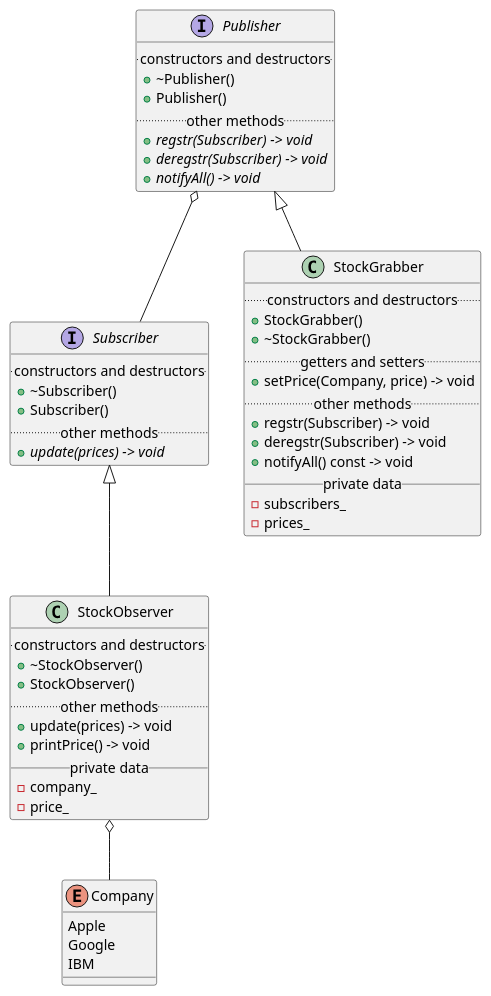
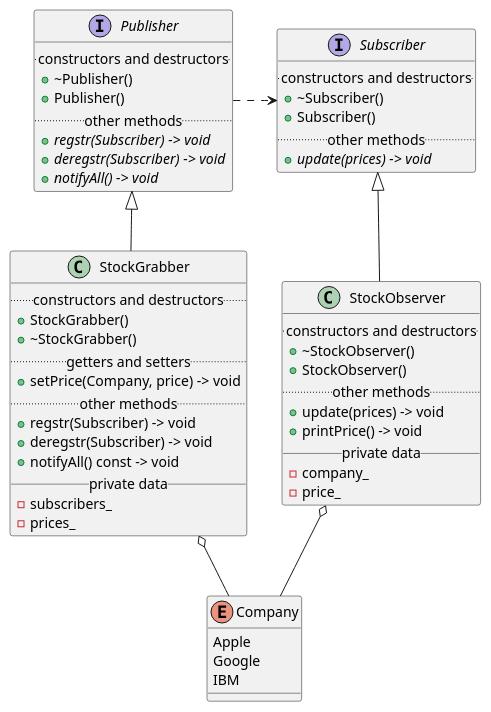
The diagram in DesignPatterns/Observer/impl.puml (JurajX/Notes), drawn with PlantUML before and after one commit. The commit also changed 7 other files, not shown here.

```diff
--- a/DesignPatterns/Observer/impl.puml
+++ b/DesignPatterns/Observer/impl.puml
@@ -1,64 +1,66 @@
 @startuml
 
 enum Company {
     Apple
     Google
     IBM
 }
 
 interface Subscriber
 {
     .. constructors and destructors ..
     + ~Subscriber()
     + Subscriber()
     .. other methods ..
     + {abstract} update(prices) -> void
 }
 
 class StockObserver
 {
     .. constructors and destructors ..
     + ~StockObserver()
     + StockObserver()
     .. other methods ..
     + update(prices) -> void
     + printPrice() -> void
     __ private data __
     - company_
     - price_
 }
 
 Subscriber <|-- StockObserver
 StockObserver o-- Company
 
 interface Publisher
 {
     .. constructors and destructors ..
     + ~Publisher()
     + Publisher()
     .. other methods ..
     + {abstract} regstr(Subscriber) -> void
     + {abstract} deregstr(Subscriber) -> void
     + {abstract} notifyAll() -> void
 }
 
 class StockGrabber
 {
     .. constructors and destructors ..
     + StockGrabber()
     + ~StockGrabber()
     .. getters and setters ..
     + setPrice(Company, price) -> void
     .. other methods ..
     + regstr(Subscriber) -> void
     + deregstr(Subscriber) -> void
     + notifyAll() const -> void
     __ private data __
     - subscribers_
     - prices_
 }
 
+StockGrabber o-- Company
+
 Publisher <|-- StockGrabber
-Publisher o-- Subscriber
+Publisher .> Subscriber
 
 @enduml
```
